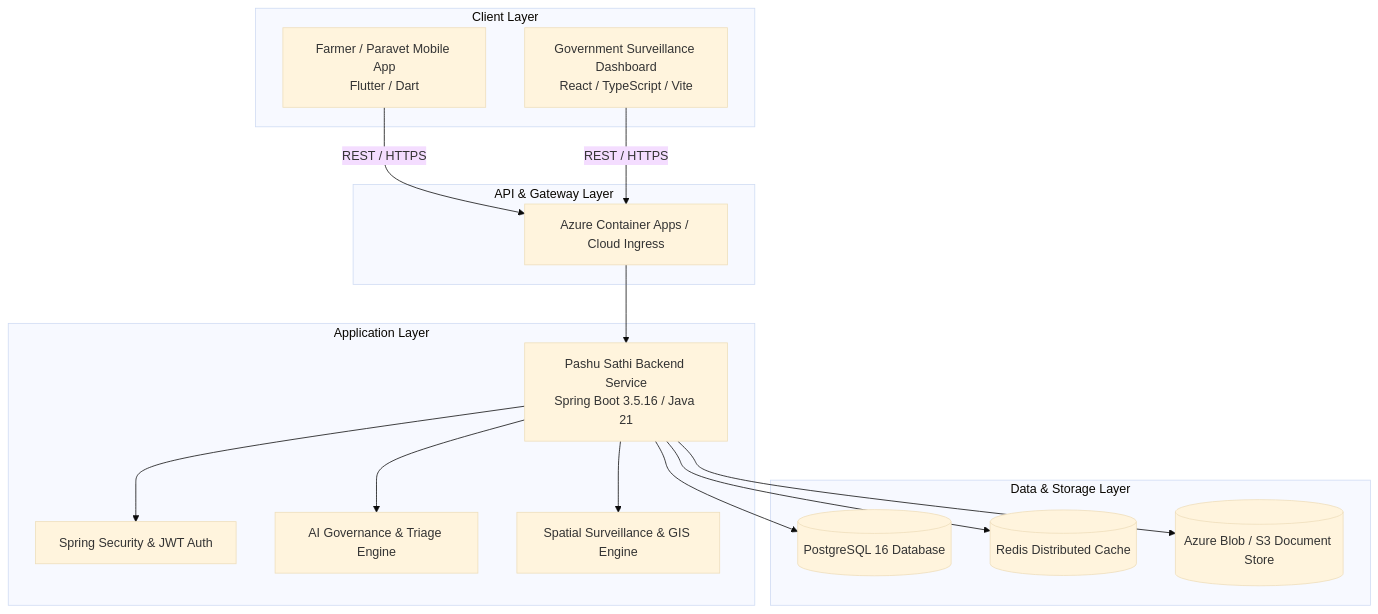
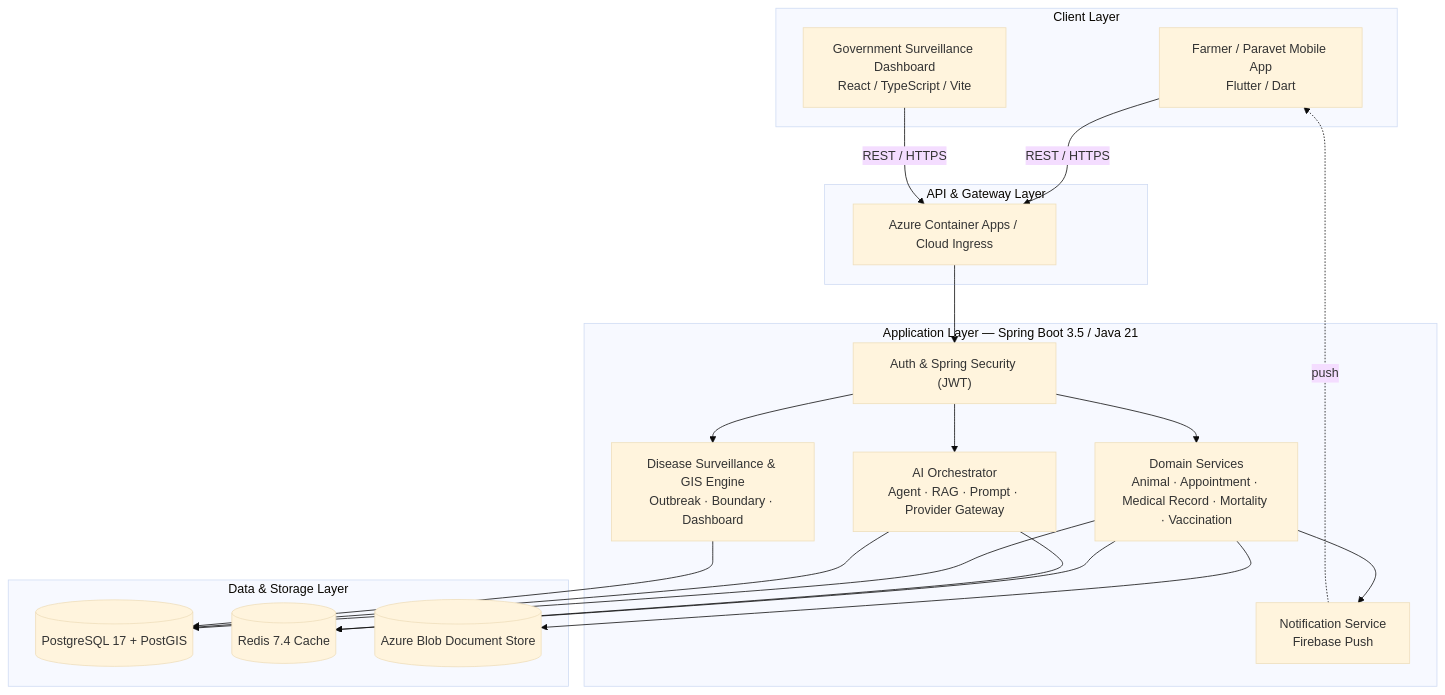
One commit to omrajput14/pashu-sathii changed the first of 2 diagrams in README.md. Above: the diagram before and after it, drawn with Mermaid (base theme). The commit also changed other lines of this file, not shown here.

First line of the commit message:
docs: revamp README with feature breakdown, AI flow diagram, and tech stack

````diff
--- a/README.md
+++ b/README.md
@@ -28,34 +97,40 @@
 ```mermaid
 graph TD
-    subgraph Client Layer
-        FA[Farmer / Paravet Mobile App<br/>Flutter / Dart]
-        GD[Government Surveillance Dashboard<br/>React / TypeScript / Vite]
+    subgraph "Client Layer"
+        FA["Farmer / Paravet Mobile App<br/>Flutter / Dart"]
+        GD["Government Surveillance Dashboard<br/>React / TypeScript / Vite"]
     end
 
-    subgraph API & Gateway Layer
-        AG[Azure Container Apps / Cloud Ingress]
+    subgraph "API & Gateway Layer"
+        AG["Azure Container Apps / Cloud Ingress"]
     end
 
-    subgraph Application Layer
-        SB[Pashu Sathi Backend Service<br/>Spring Boot 3.5.16 / Java 21]
-        SEC[Spring Security & JWT Auth]
-        AI[AI Governance & Triage Engine]
-        GEO[Spatial Surveillance & GIS Engine]
+    subgraph "Application Layer — Spring Boot 3.5 / Java 21"
+        SEC["Auth & Spring Security (JWT)"]
+        CORE["Domain Services<br/>Animal · Appointment · Medical Record · Mortality · Vaccination"]
+        AI["AI Orchestrator<br/>Agent · RAG · Prompt · Provider Gateway"]
+        GEO["Disease Surveillance & GIS Engine<br/>Outbreak · Boundary · Dashboard"]
+        NOTIF["Notification Service<br/>Firebase Push"]
     end
 
-    subgraph Data & Storage Layer
-        PG[(PostgreSQL 16 Database)]
-        RD[(Redis Distributed Cache)]
-        BLOB[(Azure Blob / S3 Document Store)]
+    subgraph "Data & Storage Layer"
+        PG[("PostgreSQL 17 + PostGIS")]
+        RD[("Redis 7.4 Cache")]
+        BLOB[("Azure Blob Document Store")]
     end
 
     FA -->|REST / HTTPS| AG
     GD -->|REST / HTTPS| AG
-    AG --> SB
-    SB --> SEC
-    SB --> AI
-    SB --> GEO
-    SB --> PG
-    SB --> RD
-    SB --> BLOB
+    AG --> SEC
+    SEC --> CORE
+    SEC --> AI
+    SEC --> GEO
+    CORE --> PG
+    AI --> PG
+    GEO --> PG
+    CORE --> RD
+    AI --> RD
+    CORE --> BLOB
+    NOTIF -.->|push| FA
+    CORE --> NOTIF
 ```
````
